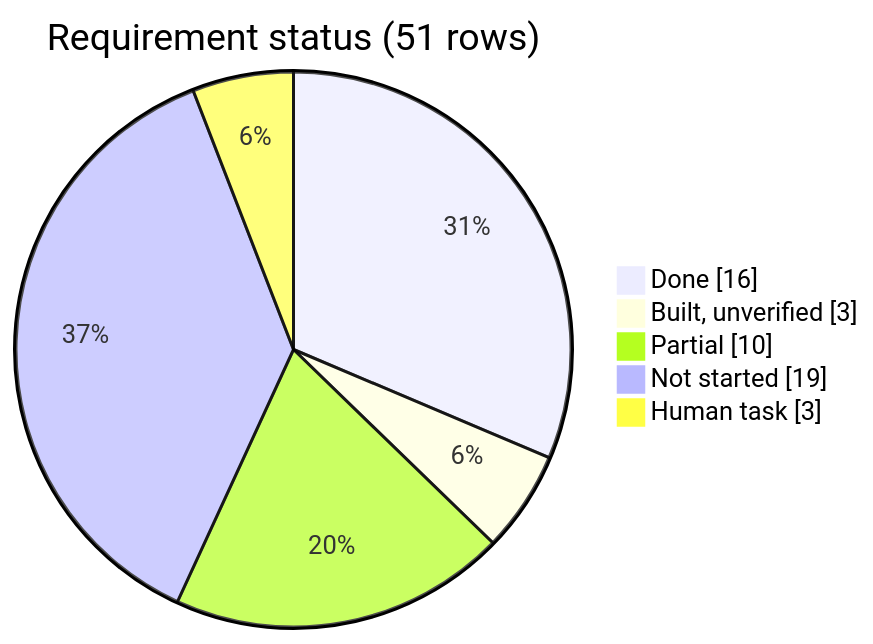
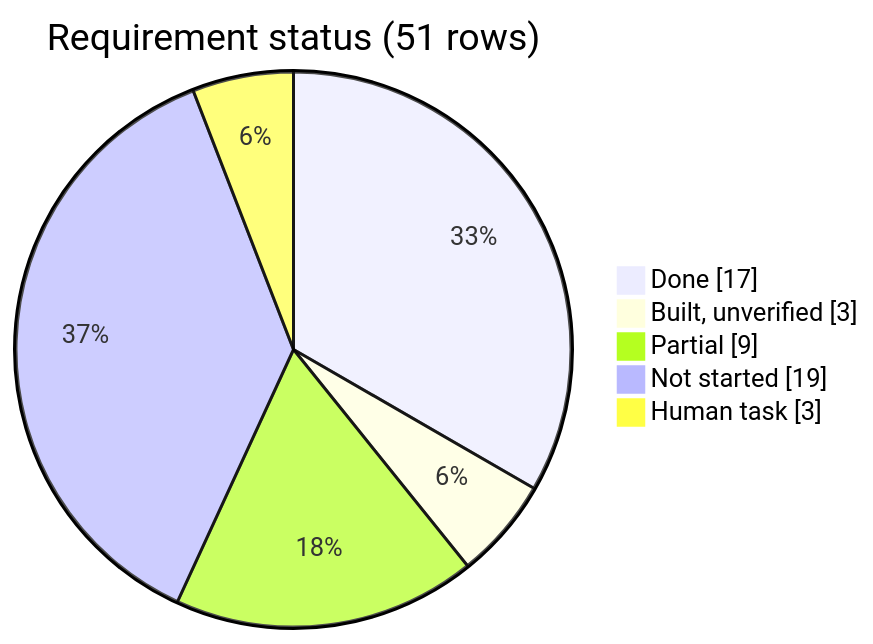
Before and after one commit to Pyxis-Hq/pyxis: the diagram in docs/rfp-acceptance-matrix.md, drawn with Mermaid. The commit also changed other lines of this file and 6 other files, not shown here.

````diff
--- a/docs/rfp-acceptance-matrix.md
+++ b/docs/rfp-acceptance-matrix.md
@@ -36,8 +36,8 @@
 ```mermaid
 pie showData title Requirement status (51 rows)
-  "Done" : 16
+  "Done" : 17
   "Built, unverified" : 3
-  "Partial" : 10
+  "Partial" : 9
   "Not started" : 19
   "Human task" : 3
 ```
````
